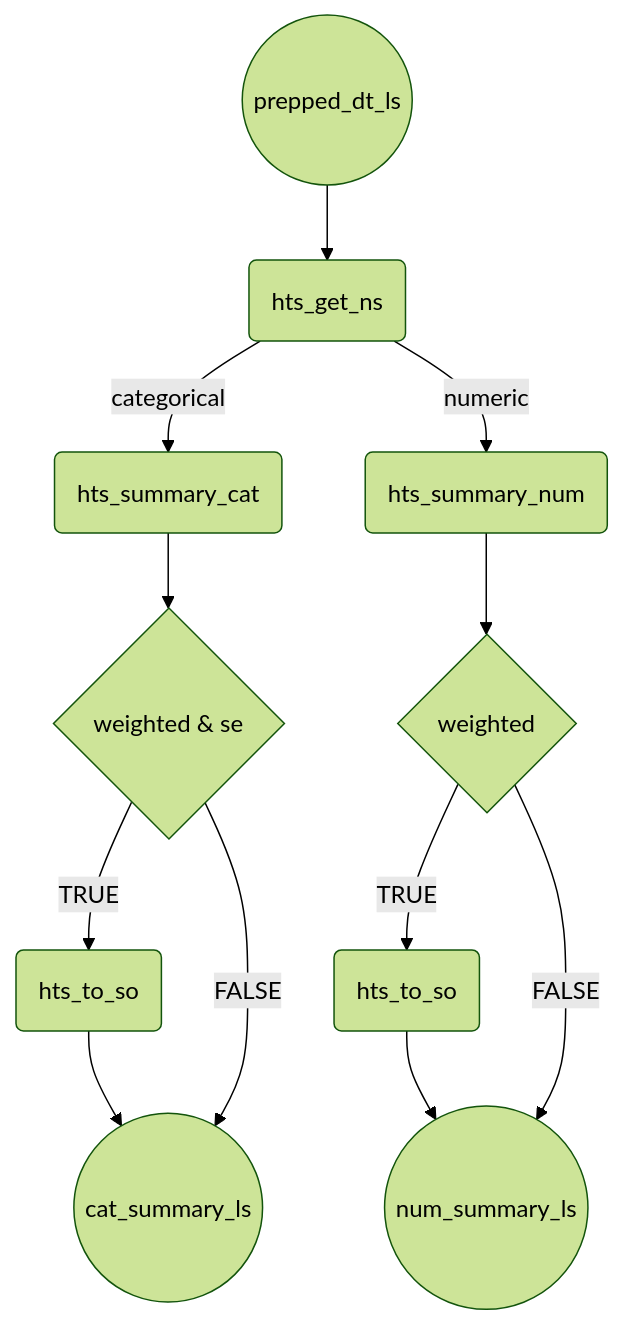
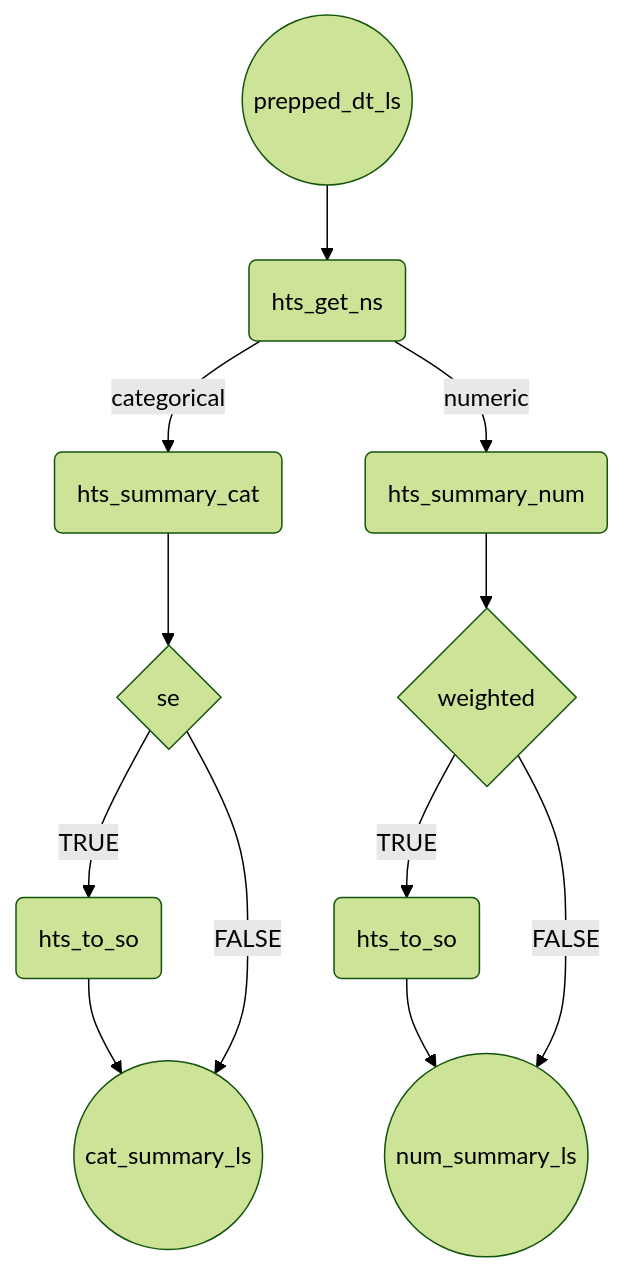
The second of 2 diagrams in README.md (RSGInc/travelSurveyTools), drawn with Mermaid (forest theme) before and after one commit. The commit also changed 5 other files, not shown here.

````diff
--- a/README.md
+++ b/README.md
@@ -74,15 +74,15 @@
 ```mermaid
 flowchart TD
     A((prepped_dt_ls))
     A --> B(hts_get_ns)
     B --> |categorical| BB(hts_summary_cat)
     B --> |numeric| CB(hts_summary_num)
-    BB --> BC{"weighted & se"}
+    BB --> BC{se}
     BC --> |TRUE| BCA(hts_to_so)
     BCA --> BD((cat_summary_ls))
     BC --> |FALSE| BD
     CB --> CC{weighted}
     CC --> |TRUE| CCA(hts_to_so)
     CCA --> CD((num_summary_ls))
     CC --> |FALSE| CD
 ```
````
